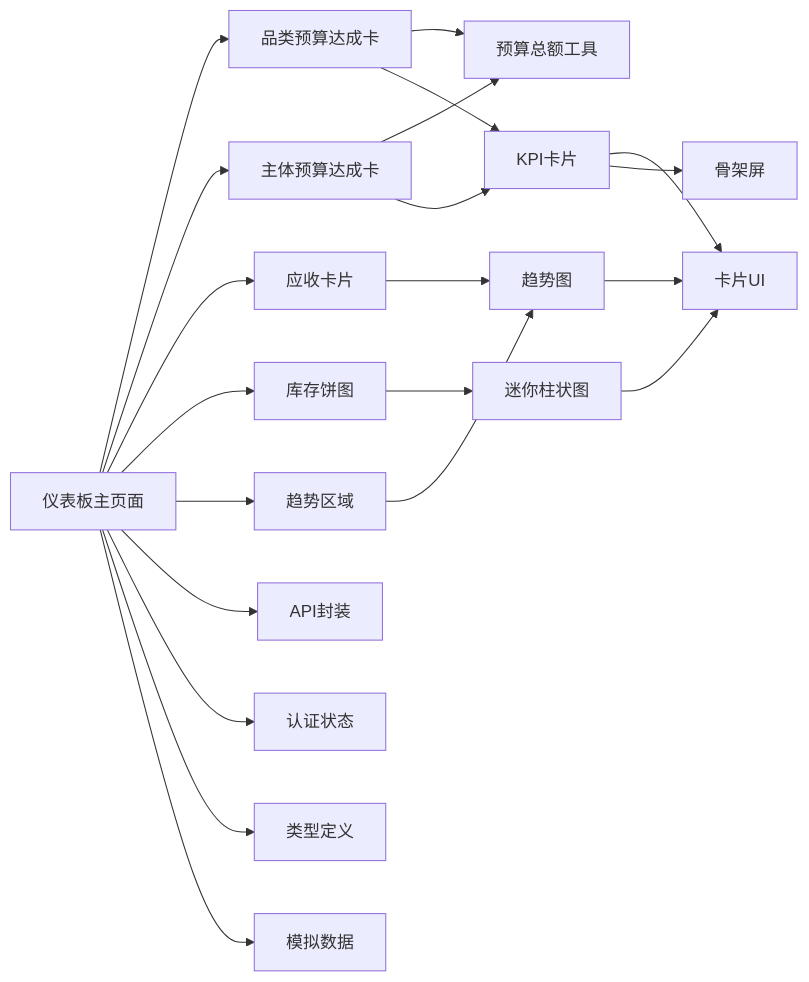
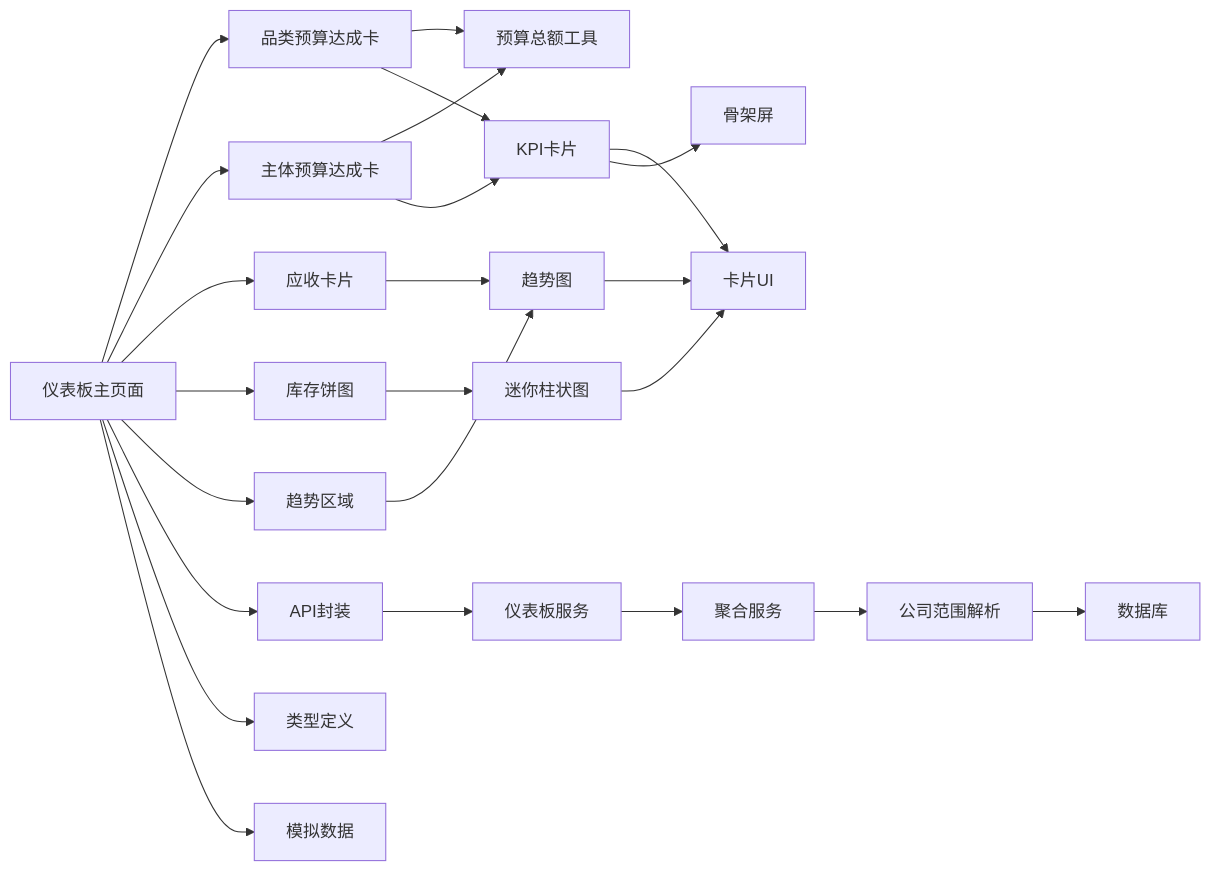
The fourth of 4 diagrams in .qoder/repowiki/zh/content/页面组件/仪表板页面.md (Damao997/newproject), drawn with Mermaid before and after one commit. The commit also changed other lines of this file and 24 other files, not shown here.

````diff
--- a/.qoder/repowiki/zh/content/页面组件/仪表板页面.md
+++ b/.qoder/repowiki/zh/content/页面组件/仪表板页面.md
@@ -343,23 +377,26 @@
 ```mermaid
 graph LR
 Dashboard["仪表板主页面"] --> ProductBudgetCard["品类预算达成卡"]
 Dashboard --> SubjectBudgetCard["主体预算达成卡"]
 Dashboard --> ReceivablesCard["应收卡片"]
 Dashboard --> InventoryPieCard["库存饼图"]
 Dashboard --> TrendSection["趋势区域"]
+Dashboard --> Api["API封装"]
+Api --> DashboardService["仪表板服务"]
+DashboardService --> AggregationService["聚合服务"]
+AggregationService --> ResolveCompany["公司范围解析"]
 ProductBudgetCard --> BudgetTotal["预算总额工具"]
 SubjectBudgetCard --> BudgetTotal
 ProductBudgetCard --> KpiCard["KPI卡片"]
 SubjectBudgetCard --> KpiCard
 ReceivablesCard --> TrendChart["趋势图"]
 InventoryPieCard --> MiniBarChart["迷你柱状图"]
 TrendSection --> TrendChart
-Dashboard --> Api["API封装"]
-Dashboard --> Auth["认证状态"]
 KpiCard --> UiCard["卡片UI"]
 KpiCard --> Skeleton["骨架屏"]
 TrendChart --> UiCard
 MiniBarChart --> UiCard
 Dashboard --> Types["类型定义"]
 Dashboard --> Mock["模拟数据"]
+ResolveCompany --> Database["数据库"]
 ```
````
